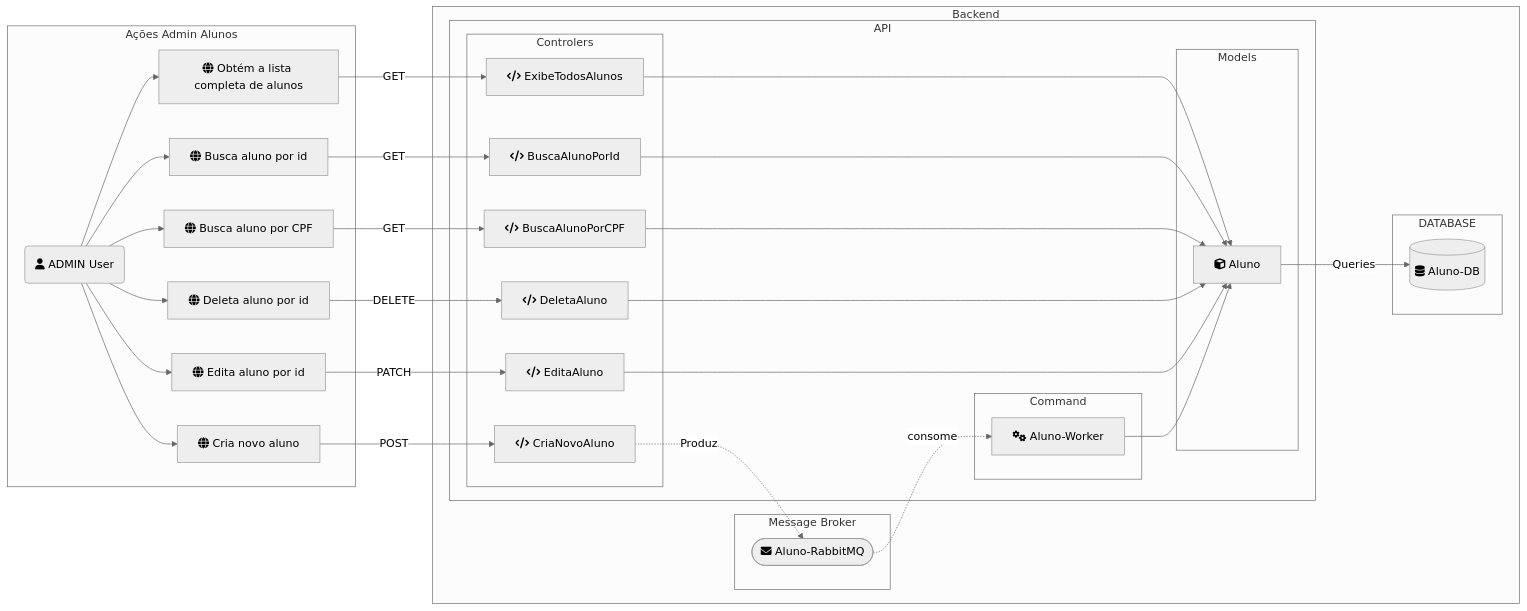
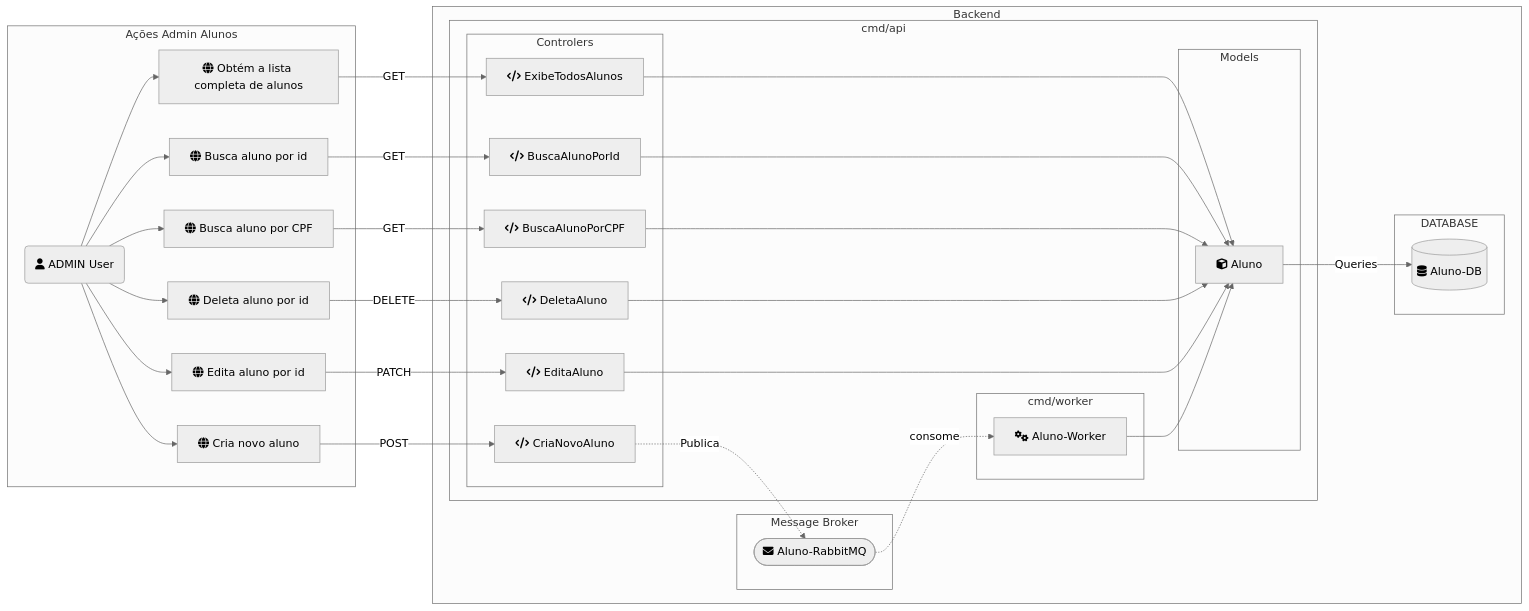
The first of 2 diagrams in README.md (jtonynet/api-gin-rest), drawn with Mermaid (neutral theme) before and after one commit. The commit also changed other lines of this file and 19 other files, not shown here.

````diff
--- a/README.md
+++ b/README.md
@@ -175,70 +179,70 @@
 ```mermaid
 graph LR
   subgraph Ações Admin Alunos
     A(fa:fa-user ADMIN User)
     B["fa:fa-globe Cria novo aluno"]
     C["fa:fa-globe Obtém a lista completa de alunos"]
     D["fa:fa-globe Busca aluno por id"]
     E["fa:fa-globe Deleta aluno por id"]
     F["fa:fa-globe Edita aluno por id"]
     G["fa:fa-globe Busca aluno por CPF"]
   end
 
   subgraph Backend 
     subgraph Message Broker
         RabbitMQ(["fa:fa-envelope Aluno-RabbitMQ"])
     end
 
-    subgraph API
-      subgraph Command
+    subgraph cmd/api
+      subgraph cmd/worker
         Worker["fa:fa-gears Aluno-Worker"]
       end
 
       subgraph Controlers
         CriaNovoAluno["fa:fa-code CriaNovoAluno"]
         ExibeTodosAlunos["fa:fa-code ExibeTodosAlunos"]
         BuscaAlunoPorId["fa:fa-code BuscaAlunoPorId"]
         DeletaAluno["fa:fa-code DeletaAluno"]
         EditaAluno["fa:fa-code EditaAluno"]
         BuscaAlunoPorCPF["fa:fa-code BuscaAlunoPorCPF"]
       end
 
       subgraph Models
         Aluno["fa:fa-cube Aluno"]
       end
     end
 
     subgraph DATABASE
       Aluno-DB[("fa:fa-database Aluno-DB")]
     end 
    
   end
 
   A --> B
   A --> C
   A --> D
   A --> E
   A --> F
   A --> G
 
   C -->|GET| ExibeTodosAlunos
   D -->|GET| BuscaAlunoPorId
   E -->|DELETE| DeletaAluno
   F -->|PATCH| EditaAluno
   G -->|GET| BuscaAlunoPorCPF
 
   ExibeTodosAlunos --> Aluno
   BuscaAlunoPorId --> Aluno
   BuscaAlunoPorCPF --> Aluno
   DeletaAluno --> Aluno
   EditaAluno --> Aluno
 
   Aluno -->|Queries| Aluno-DB
   B -->|POST| CriaNovoAluno
 
-  CriaNovoAluno -.->|Produz| RabbitMQ
+  CriaNovoAluno -.->|Publica| RabbitMQ
   RabbitMQ -.->|consome| Worker
 
   Worker --> Aluno
 
 ```
````
